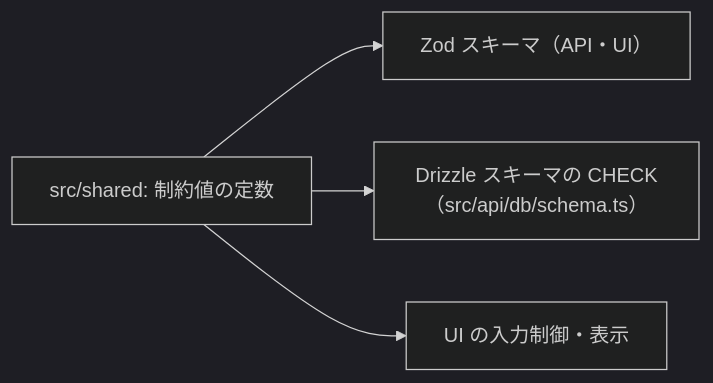
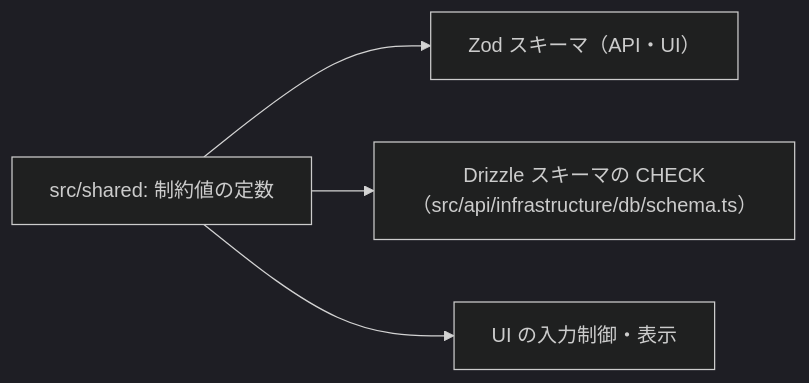
Before and after one commit to akitouchiyama/GainLog: the second of 2 diagrams in docs/Design/Detailed/project-structure.md, drawn with Mermaid (dark theme). The commit also changed other lines of this file and 6 other files, not shown here.

````diff
--- a/docs/Design/Detailed/project-structure.md
+++ b/docs/Design/Detailed/project-structure.md
@@ -197,6 +197,6 @@
 ```mermaid
 flowchart LR
     C["src/shared: 制約値の定数"] --> Z["Zod スキーマ（API・UI）"]
-    C --> D["Drizzle スキーマの CHECK（src/api/db/schema.ts）"]
+    C --> D["Drizzle スキーマの CHECK（src/api/infrastructure/db/schema.ts）"]
     C --> U["UI の入力制御・表示"]
 ```
````
